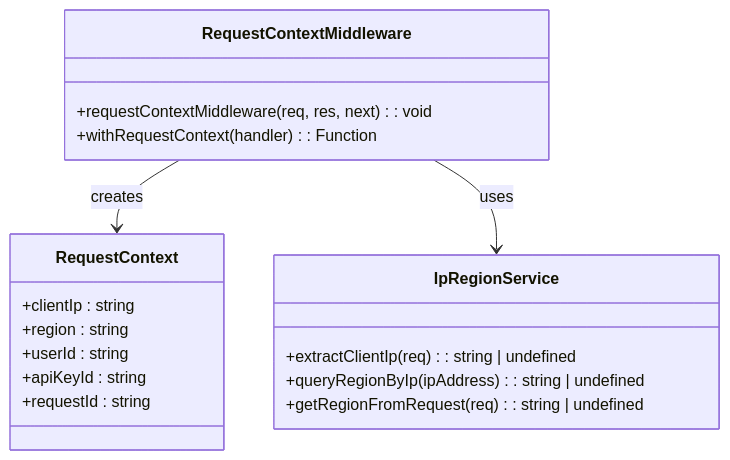
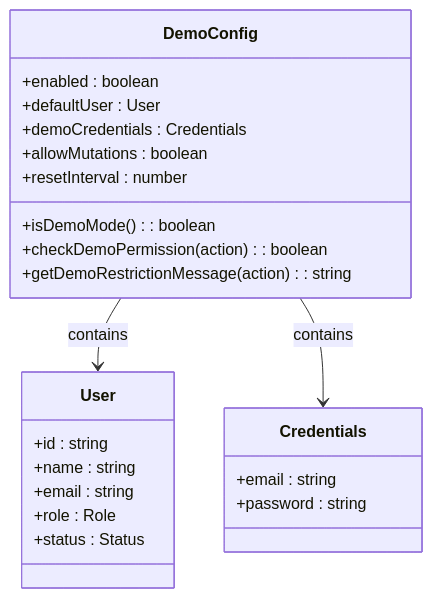
The third of 8 diagrams in .qoder/repowiki/zh/content/核心功能/演示模式系统.md (RadiumAg/AIGate), drawn with Mermaid before and after one commit. The commit also changed other lines of this file and 15 other files, not shown here.

````diff
--- a/.qoder/repowiki/zh/content/核心功能/演示模式系统.md
+++ b/.qoder/repowiki/zh/content/核心功能/演示模式系统.md
@@ -268,21 +174,26 @@
 ```mermaid
 classDiagram
-class RequestContext {
-+clientIp : string
-+region : string
-+userId : string
-+apiKeyId : string
-+requestId : string
+class DemoConfig {
++enabled : boolean
++defaultUser : User
++demoCredentials : Credentials
++allowMutations : boolean
++resetInterval : number
++isDemoMode() : boolean
++checkDemoPermission(action) : boolean
++getDemoRestrictionMessage(action) : string
 }
-class RequestContextMiddleware {
-+requestContextMiddleware(req, res, next) : void
-+withRequestContext(handler) : Function
+class User {
++id : string
++name : string
++email : string
++role : Role
++status : Status
 }
-class IpRegionService {
-+extractClientIp(req) : string | undefined
-+queryRegionByIp(ipAddress) : string | undefined
-+getRegionFromRequest(req) : string | undefined
+class Credentials {
++email : string
++password : string
 }
-RequestContextMiddleware --> RequestContext : creates
-RequestContextMiddleware --> IpRegionService : uses
+DemoConfig --> User : contains
+DemoConfig --> Credentials : contains
 ```
````
